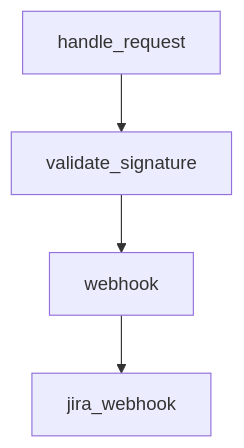
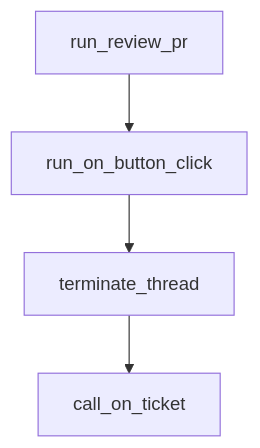
One commit to johnxie/awesome-code-docs changed the diagram in tutorials/sweep-tutorial/04-feedback-loops-review-comments-and-ci-repair.md. Above: the diagram before and after it, drawn with Mermaid. The commit also changed other lines of this file and 1232 other files, not shown here.

````diff
--- a/tutorials/sweep-tutorial/04-feedback-loops-review-comments-and-ci-repair.md
+++ b/tutorials/sweep-tutorial/04-feedback-loops-review-comments-and-ci-repair.md
@@ -218,10 +216,10 @@
 ```mermaid
 flowchart TD
-    A[handle_request]
-    B[validate_signature]
-    C[webhook]
-    D[jira_webhook]
+    A[run_review_pr]
+    B[run_on_button_click]
+    C[terminate_thread]
+    D[call_on_ticket]
     A --> B
     B --> C
     C --> D
 ```
````
